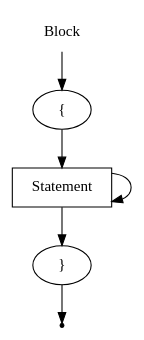
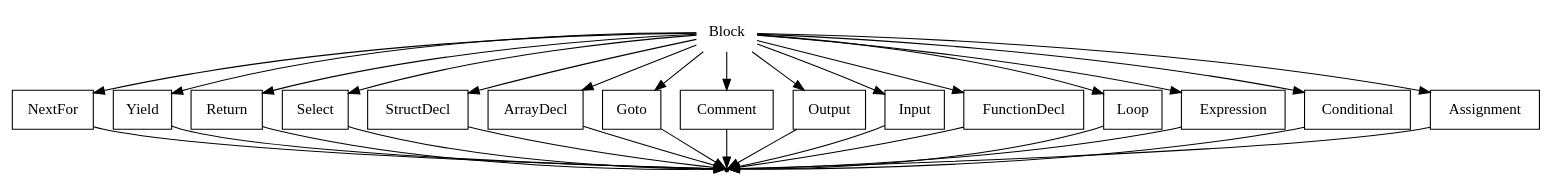
One commit to EgorGoluzin/DSL changed the diagram in DSLTools/examples/RBNFEXPRESSIONSTESTRULES/wirth/Block.gv. Above: the diagram before and after it, drawn with Graphviz. The commit also changed 22 other files, not shown here.

```diff
--- a/DSLTools/examples/RBNFEXPRESSIONSTESTRULES/wirth/Block.gv
+++ b/DSLTools/examples/RBNFEXPRESSIONSTESTRULES/wirth/Block.gv
@@ -1,12 +1,49 @@
 digraph Block {
   start [label="Block" shape=plaintext];
-  A [label="{" shape=oval];
-  B [label="Statement" shape=box];
-  C [label="}" shape=oval];
+  A [label="NextFor" shape=box];
+  B [label="Yield" shape=box];
+  C [label="Return" shape=box];
+  D [label="Select" shape=box];
+  E [label="StructDecl" shape=box];
+  F [label="ArrayDecl" shape=box];
+  G [label="Goto" shape=box];
+  H [label="Comment" shape=box];
+  I [label="Output" shape=box];
+  J [label="Input" shape=box];
+  K [label="FunctionDecl" shape=box];
+  L [label="Loop" shape=box];
+  M [label="Expression" shape=box];
+  N [label="Conditional" shape=box];
+  O [label="Assignment" shape=box];
   end [label="" shape=point];
+  start -> O;
+  start -> N;
+  start -> M;
+  start -> L;
+  start -> K;
+  start -> J;
+  start -> I;
+  start -> H;
+  start -> G;
+  start -> F;
+  start -> E;
+  start -> D;
+  start -> C;
+  start -> B;
   start -> A;
-  A -> B;
-  B -> B;
-  B -> C;
+  A -> end;
+  B -> end;
   C -> end;
+  D -> end;
+  E -> end;
+  F -> end;
+  G -> end;
+  H -> end;
+  I -> end;
+  J -> end;
+  K -> end;
+  L -> end;
+  M -> end;
+  N -> end;
+  O -> end;
 }
```
